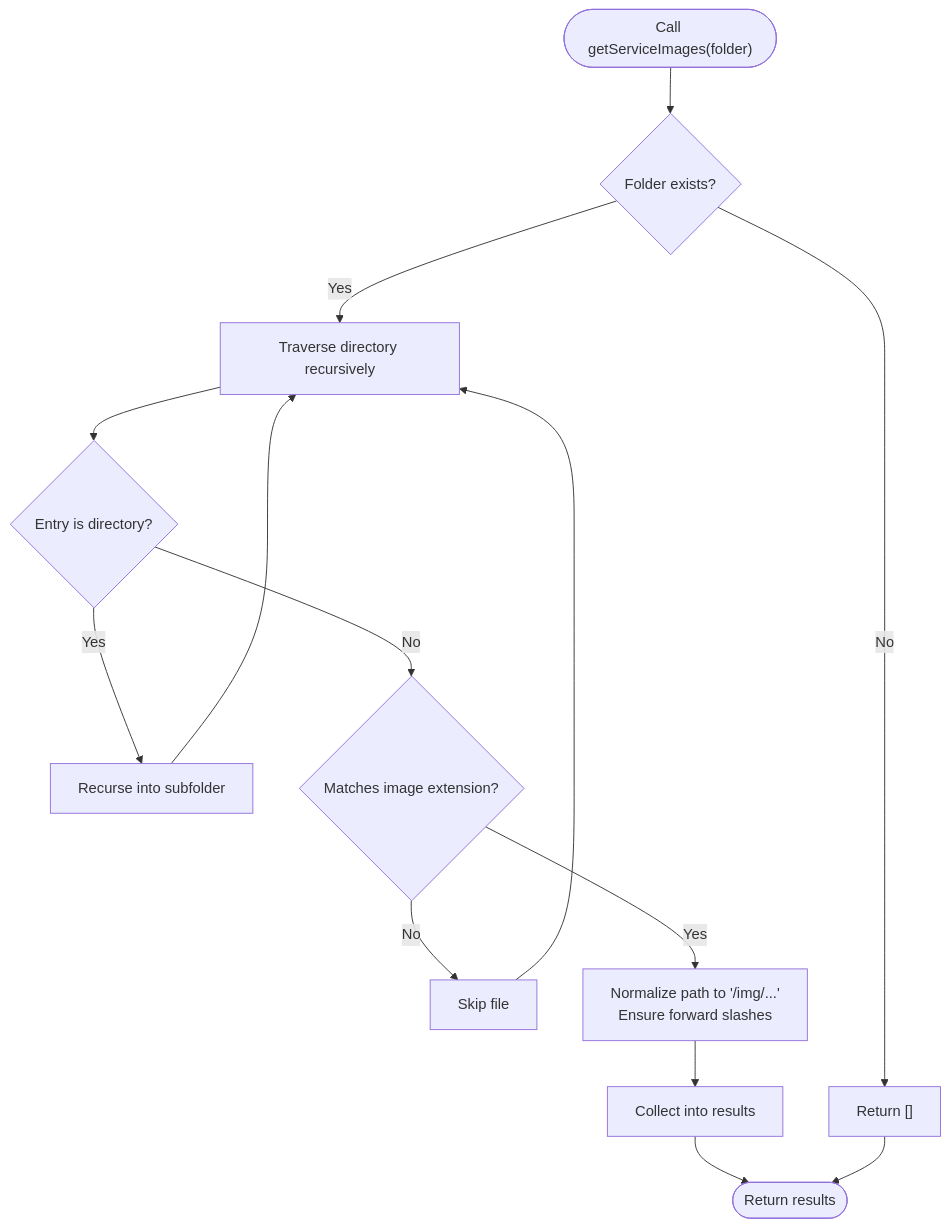
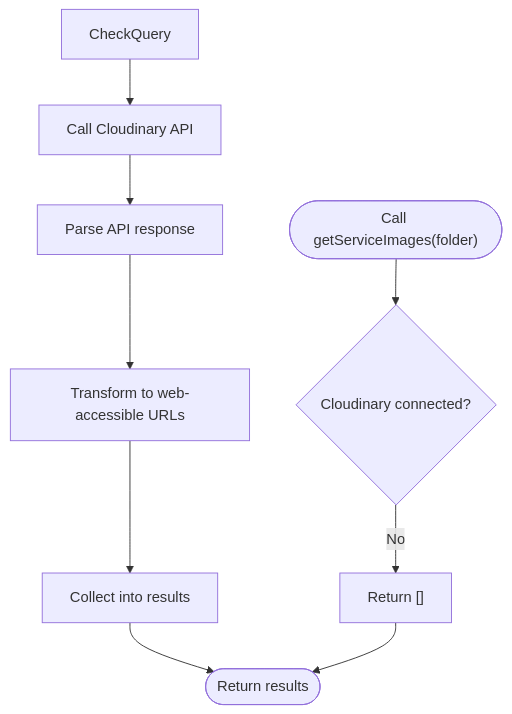
One commit to Black-box01/rhemaexpertsolutions changed the fourth of 5 diagrams in .qoder/repowiki/en/content/Service Layer/Image Processing Service.md. Above: the diagram before and after it, drawn with Mermaid. The commit also changed other lines of this file and 37 other files, not shown here.

````diff
--- a/.qoder/repowiki/en/content/Service Layer/Image Processing Service.md
+++ b/.qoder/repowiki/en/content/Service Layer/Image Processing Service.md
@@ -131,16 +225,11 @@
 ```mermaid
 flowchart TD
-Start(["Call getServiceImages(folder)"]) --> CheckExists{"Folder exists?"}
-CheckExists --> |No| ReturnEmpty["Return []"]
-CheckExists --> |Yes| Traverse["Traverse directory recursively"]
-Traverse --> IsDir{"Entry is directory?"}
-IsDir --> |Yes| Recurse["Recurse into subfolder"]
-IsDir --> |No| MatchExt{"Matches image extension?"}
-MatchExt --> |No| Skip["Skip file"]
-MatchExt --> |Yes| Normalize["Normalize path to '/img/...'<br/>Ensure forward slashes"]
-Normalize --> Collect["Collect into results"]
+Start(["Call getServiceImages(folder)"]) --> CheckCloudinary{"Cloudinary connected?"}
+CheckCloudinary --> |No| ReturnEmpty["Return []"]
+CheckQuery --> CallAPI["Call Cloudinary API"]
+CallAPI --> ParseResults["Parse API response"]
+ParseResults --> TransformPaths["Transform to web-accessible URLs"]
+TransformPaths --> Collect["Collect into results"]
 Collect --> Done(["Return results"])
 ReturnEmpty --> Done
-Recurse --> Traverse
-Skip --> Traverse
 ```
````
